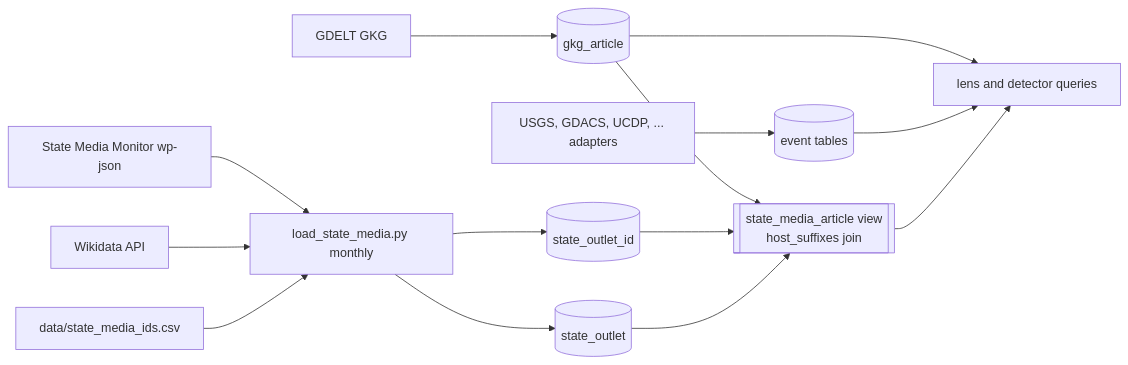
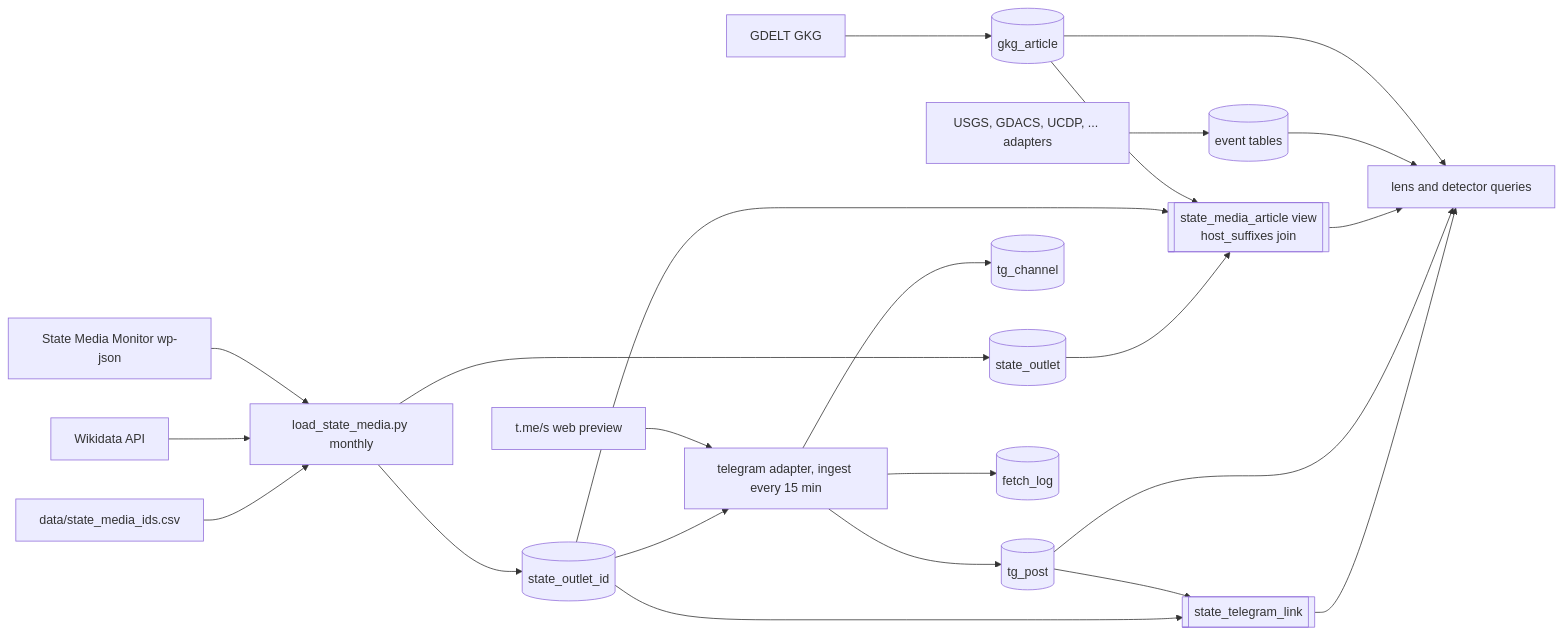
Before and after one commit to jamesonhohbein/news-radar: the diagram in ARCHITECTURE.md, drawn with Mermaid. The commit also changed other lines of this file and 12 other files, not shown here.

````diff
--- a/ARCHITECTURE.md
+++ b/ARCHITECTURE.md
@@ -6,16 +7,25 @@
 ```mermaid
 flowchart LR
   GDELT[GDELT GKG] --> GKG[(gkg_article)]
   Other[USGS, GDACS, UCDP, ... adapters] --> Events[(event tables)]
   SMM[State Media Monitor wp-json] --> Loader[load_state_media.py monthly]
   WD[Wikidata API] --> Loader
   CSV[data/state_media_ids.csv] --> Loader
   Loader --> SO[(state_outlet)]
   Loader --> SOI[(state_outlet_id)]
   GKG --> SMA[[state_media_article view<br/>host_suffixes join]]
   SOI --> SMA
   SO --> SMA
+  TG[t.me/s web preview] --> Coll[telegram adapter, ingest every 15 min]
+  SOI --> Coll
+  Coll --> TC[(tg_channel)]
+  Coll --> TP[(tg_post)]
+  Coll --> FL[(fetch_log)]
+  TP --> STL[[state_telegram_link]]
+  SOI --> STL
   GKG --> Lens[lens and detector queries]
   Events --> Lens
   SMA --> Lens
+  TP --> Lens
+  STL --> Lens
 ```
````
